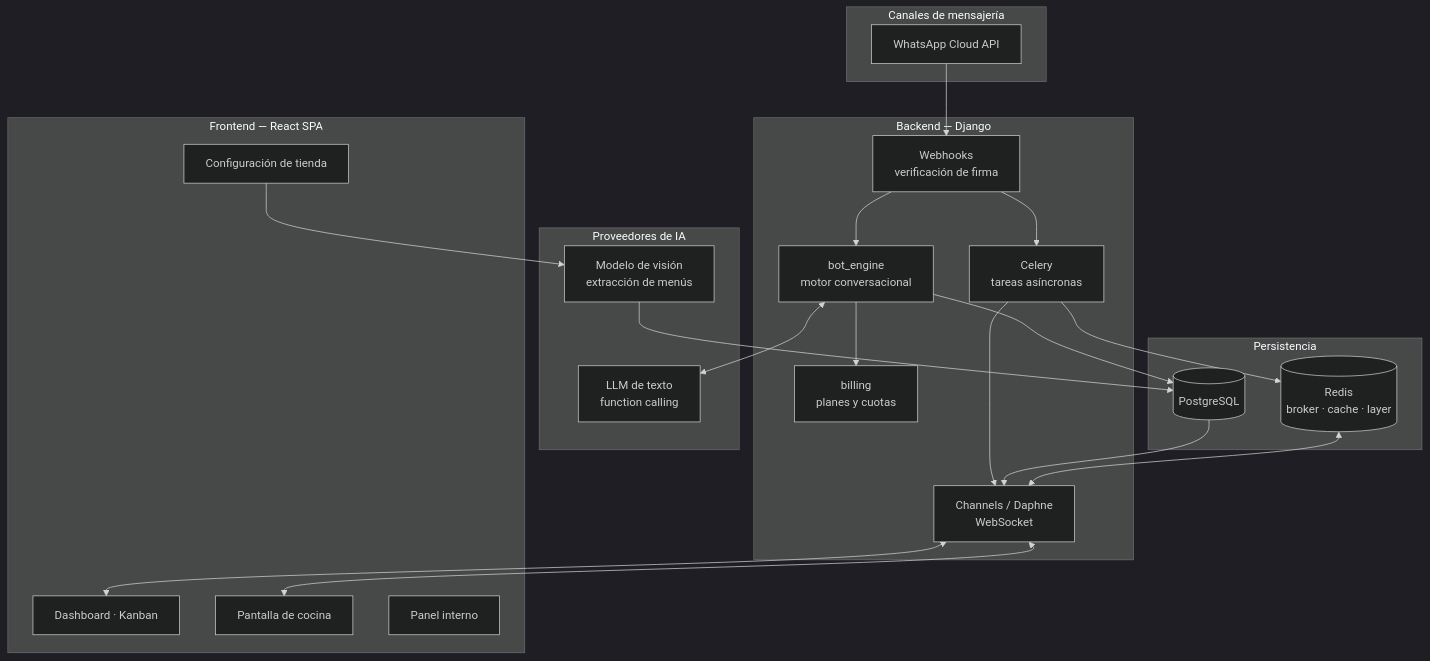
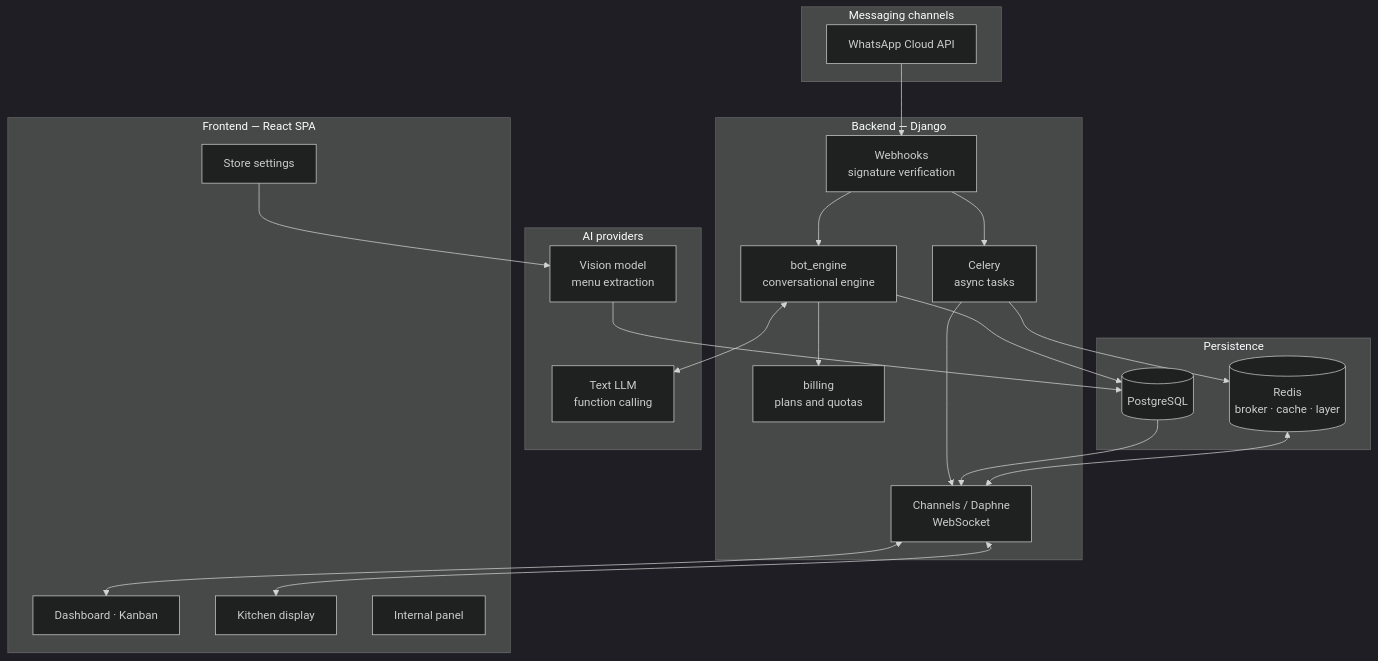
One commit to luismellizo/dilo-showcase changed the diagram in README.md. Above: the diagram before and after it, drawn with Mermaid (dark theme). The commit also changed other lines of this file and 1 other file, not shown here.

````diff
--- a/README.md
+++ b/README.md
@@ -108,46 +110,46 @@
 ```mermaid
 flowchart TB
-    subgraph canales["Canales de mensajería"]
+    subgraph canales["Messaging channels"]
         WA["WhatsApp Cloud API"]
     end
 
     subgraph backend["Backend — Django"]
-        WH["Webhooks<br/>verificación de firma"]
-        ENGINE["bot_engine<br/>motor conversacional"]
-        TASKS["Celery<br/>tareas asíncronas"]
+        WH["Webhooks<br/>signature verification"]
+        ENGINE["bot_engine<br/>conversational engine"]
+        TASKS["Celery<br/>async tasks"]
         WS["Channels / Daphne<br/>WebSocket"]
-        BILL["billing<br/>planes y cuotas"]
+        BILL["billing<br/>plans and quotas"]
     end
 
-    subgraph datos["Persistencia"]
+    subgraph datos["Persistence"]
         PG[("PostgreSQL")]
         RD[("Redis<br/>broker · cache · layer")]
     end
 
-    subgraph ia["Proveedores de IA"]
-        LLM["LLM de texto<br/>function calling"]
-        VIS["Modelo de visión<br/>extracción de menús"]
+    subgraph ia["AI providers"]
+        LLM["Text LLM<br/>function calling"]
+        VIS["Vision model<br/>menu extraction"]
     end
 
     subgraph front["Frontend — React SPA"]
         DASH["Dashboard · Kanban"]
-        KDS["Pantalla de cocina"]
-        CFG["Configuración de tienda"]
-        STAFF["Panel interno"]
+        KDS["Kitchen display"]
+        CFG["Store settings"]
+        STAFF["Internal panel"]
     end
 
     WA --> WH
     WH --> ENGINE
     ENGINE <--> LLM
     ENGINE --> PG
     ENGINE --> BILL
     WH --> TASKS
     TASKS --> RD
     TASKS --> WS
     CFG --> VIS
     VIS --> PG
     PG --> WS
     WS <--> DASH
     WS <--> KDS
     RD <--> WS
 ```
````
